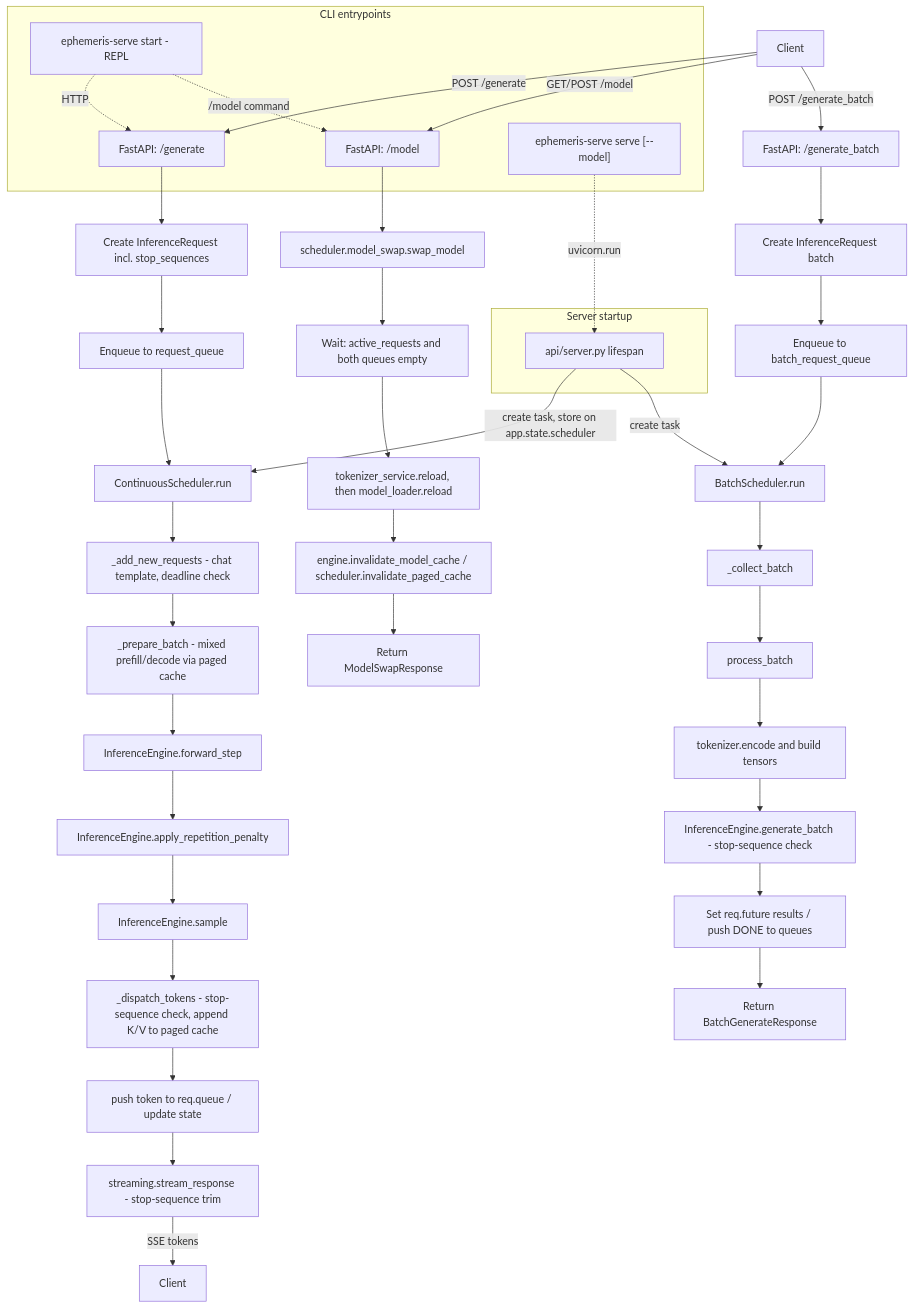
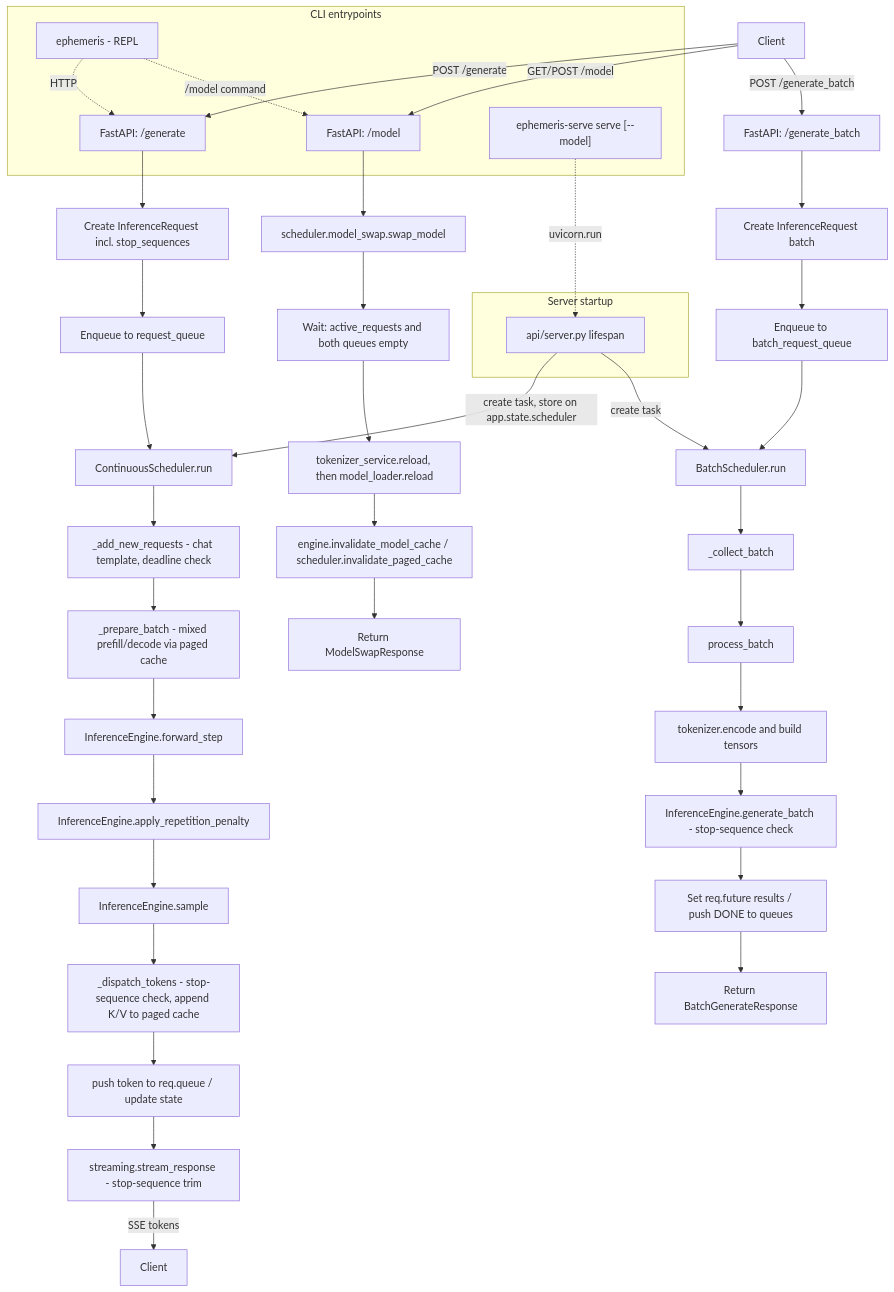
The diagram in wiki/Architecture.md (SamarjitDebnath/ephemeris-serve), drawn with Mermaid before and after one commit. The commit also changed other lines of this file and 37 other files, not shown here.

````diff
--- a/wiki/Architecture.md
+++ b/wiki/Architecture.md
@@ -5,47 +5,47 @@
 ```mermaid
 flowchart TD
     A[Client] -->|POST /generate| GEN[FastAPI: /generate]
     A -->|POST /generate_batch| BATCH[FastAPI: /generate_batch]
     A -->|GET/POST /model| MODELAPI[FastAPI: /model]
 
     GEN --> C1[Create InferenceRequest incl. stop_sequences]
     C1 --> Q1[Enqueue to request_queue]
     Q1 --> SCHED1[ContinuousScheduler.run]
     SCHED1 --> ADD[_add_new_requests - chat template, deadline check]
     ADD --> PREP1[_prepare_batch - mixed prefill/decode via paged cache]
     PREP1 --> FWD1[InferenceEngine.forward_step]
     FWD1 --> PEN1[InferenceEngine.apply_repetition_penalty]
     PEN1 --> SMP1[InferenceEngine.sample]
     SMP1 --> DISP1[_dispatch_tokens - stop-sequence check, append K/V to paged cache]
     DISP1 --> PUT1[push token to req.queue / update state]
     PUT1 --> STREAM1[streaming.stream_response - stop-sequence trim]
     STREAM1 -->|SSE tokens| CLIENT1[Client]
 
     BATCH --> C2[Create InferenceRequest batch]
     C2 --> Q2[Enqueue to batch_request_queue]
     Q2 --> SCHED2[BatchScheduler.run]
     SCHED2 --> COLLECT[_collect_batch]
     COLLECT --> PROC[process_batch]
     PROC --> ENCODE[tokenizer.encode and build tensors]
     ENCODE --> GENB[InferenceEngine.generate_batch - stop-sequence check]
     GENB --> SETF[Set req.future results / push DONE to queues]
     SETF --> CLIENT2[Return BatchGenerateResponse]
 
     MODELAPI --> SWAP[scheduler.model_swap.swap_model]
     SWAP --> DRAIN[Wait: active_requests and both queues empty]
     DRAIN --> RELOAD[tokenizer_service.reload, then model_loader.reload]
     RELOAD --> INVAL[engine.invalidate_model_cache / scheduler.invalidate_paged_cache]
     INVAL --> CLIENT3[Return ModelSwapResponse]
 
     subgraph startup[Server startup]
         SRV[api/server.py lifespan]
     end
     SRV -->|create task, store on app.state.scheduler| SCHED1
     SRV -->|create task| SCHED2
 
     subgraph clientry[CLI entrypoints]
         SERVECMD["ephemeris-serve serve [--model]"] -.->|uvicorn.run| SRV
-        STARTCMD[ephemeris-serve start - REPL] -.->|HTTP| GEN
+        STARTCMD[ephemeris - REPL] -.->|HTTP| GEN
         STARTCMD -.->|/model command| MODELAPI
     end
 ```
````
